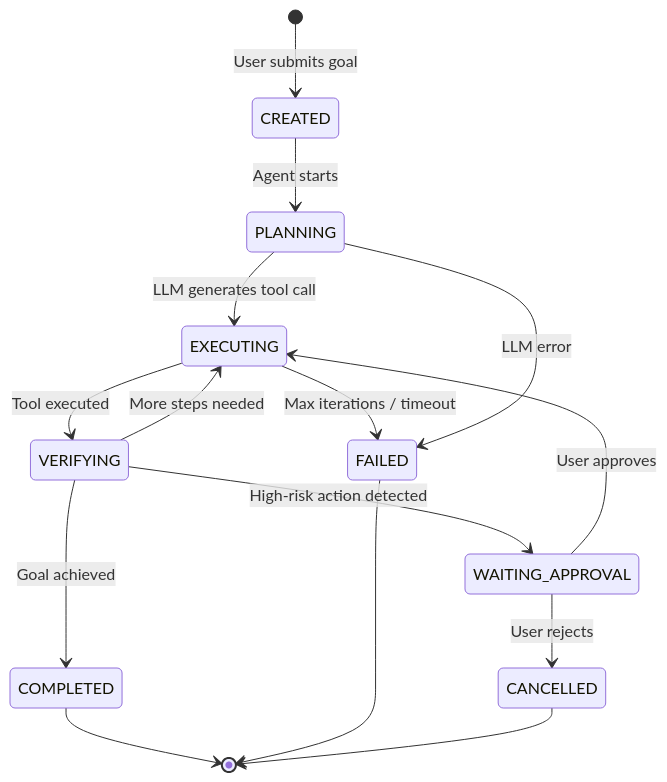
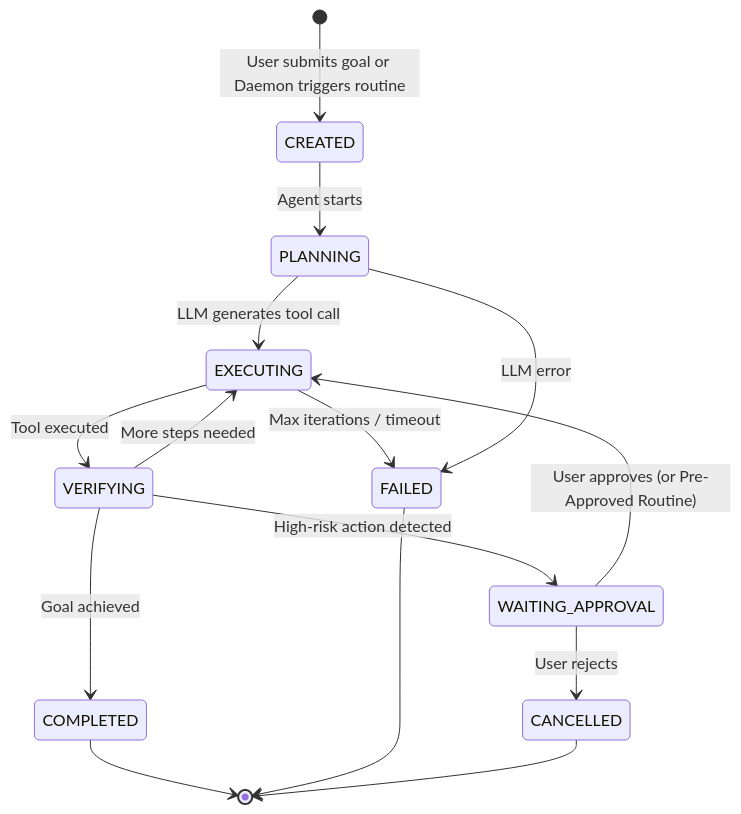
One commit to vaibhav-aiml/Relay changed the diagram in README.md. Above: the diagram before and after it, drawn with Mermaid. The commit also changed other lines of this file and 30 other files, not shown here.

Commit message:
feat(scheduler): add scheduled & recurring routines engine, daemon, pre-approval whitelist, and mobile routines UI

````diff
--- a/README.md
+++ b/README.md
@@ -296,17 +316,17 @@
 ```mermaid
 stateDiagram-v2
-    [*] --> CREATED : User submits goal
+    [*] --> CREATED : User submits goal or Daemon triggers routine
     CREATED --> PLANNING : Agent starts
     PLANNING --> EXECUTING : LLM generates tool call
     EXECUTING --> VERIFYING : Tool executed
     VERIFYING --> EXECUTING : More steps needed
     VERIFYING --> WAITING_APPROVAL : High-risk action detected
-    WAITING_APPROVAL --> EXECUTING : User approves
+    WAITING_APPROVAL --> EXECUTING : User approves (or Pre-Approved Routine)
     WAITING_APPROVAL --> CANCELLED : User rejects
     VERIFYING --> COMPLETED : Goal achieved
     EXECUTING --> FAILED : Max iterations / timeout
     PLANNING --> FAILED : LLM error
     COMPLETED --> [*]
     FAILED --> [*]
     CANCELLED --> [*]
 ```
````
